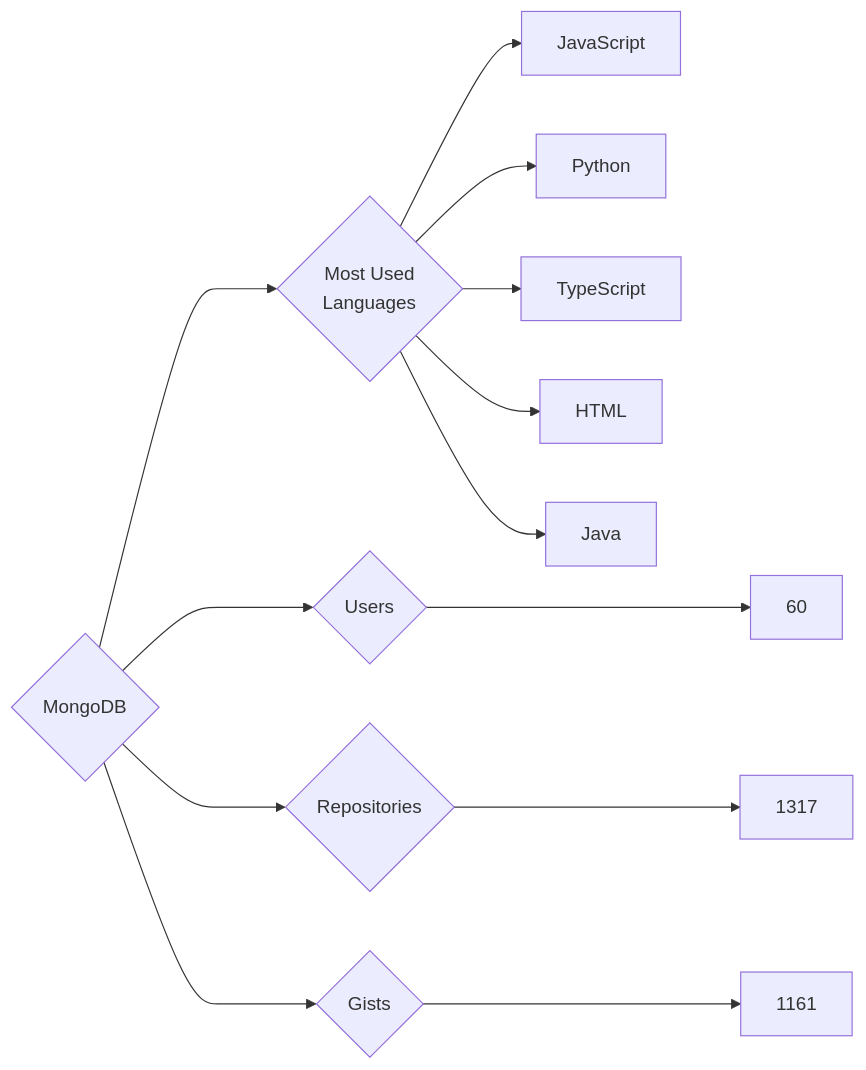
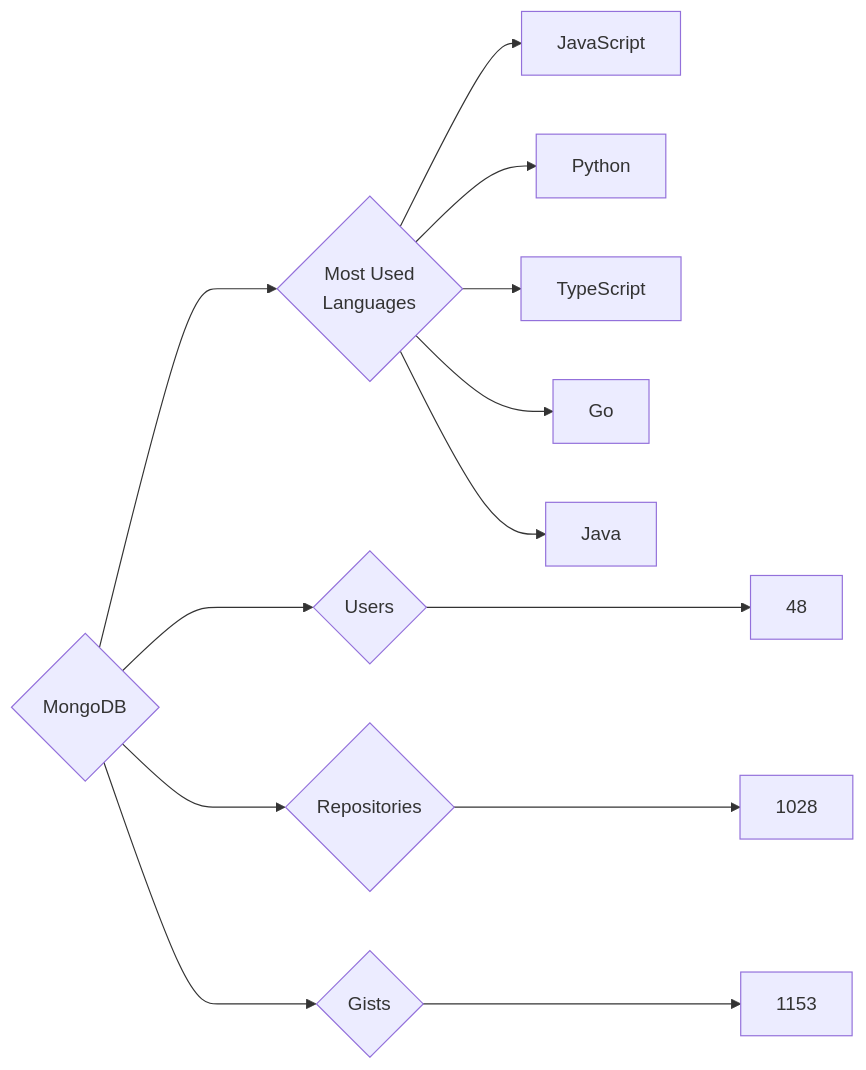
Before and after one commit to trickest/insiders: the diagram in targets/MongoDB/README.md, drawn with Mermaid. The commit also changed 773 other files, not shown here.

````diff
--- a/targets/MongoDB/README.md
+++ b/targets/MongoDB/README.md
@@ -3,13 +3,13 @@
 ```mermaid
 graph LR
 COMPANY_NAME{MongoDB}
-COMPANY_NAME ---> U{Users} ---> UN[60]
-COMPANY_NAME ---> R{Repositories} ---> RN[1317]
-COMPANY_NAME ---> G{Gists} ---> GN[1161]
+COMPANY_NAME ---> U{Users} ---> UN[48]
+COMPANY_NAME ---> R{Repositories} ---> RN[1028]
+COMPANY_NAME ---> G{Gists} ---> GN[1153]
 COMPANY_NAME ---> ML{Most Used<br>Languages}
 ML --> JavaScript[JavaScript]
 ML --> Python[Python]
 ML --> TypeScript[TypeScript]
-ML --> HTML[HTML]
+ML --> Go[Go]
 ML --> Java[Java]
 ```
````
